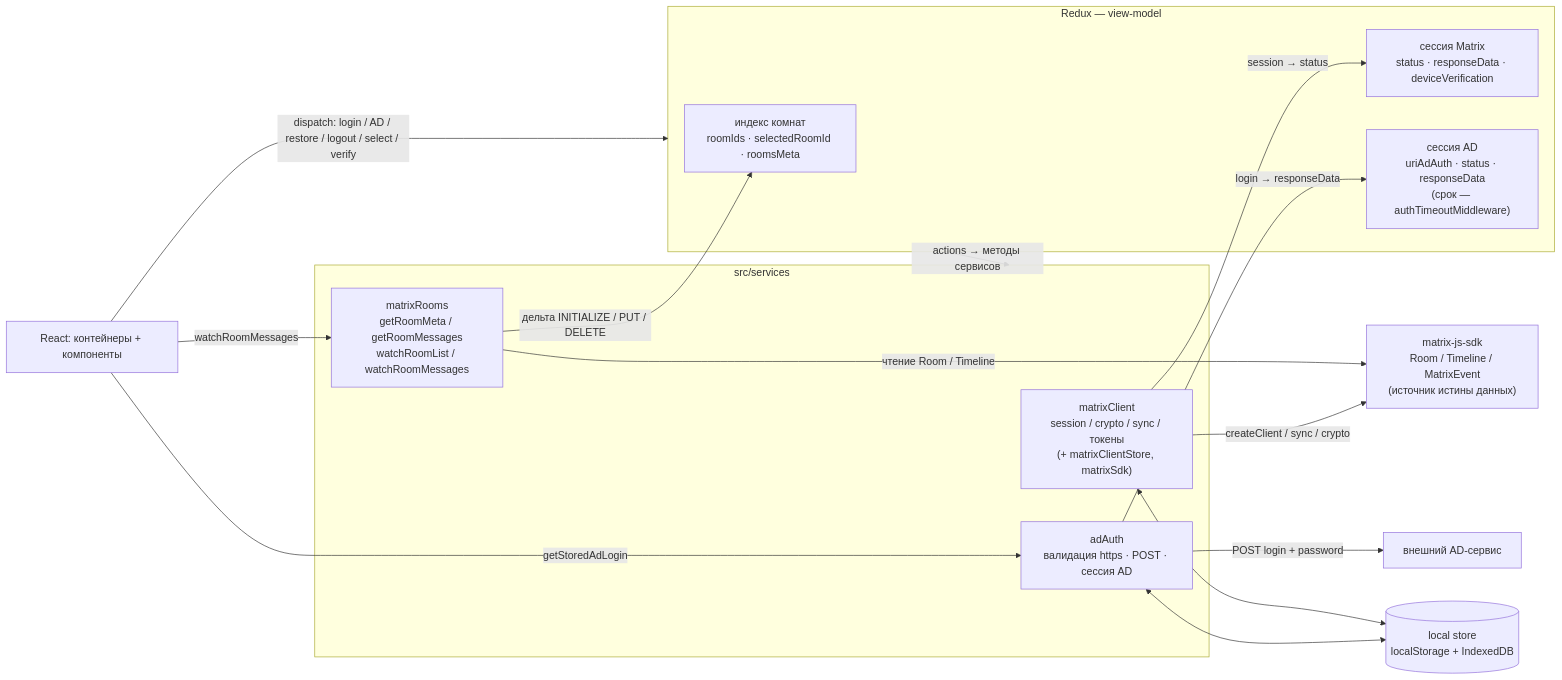
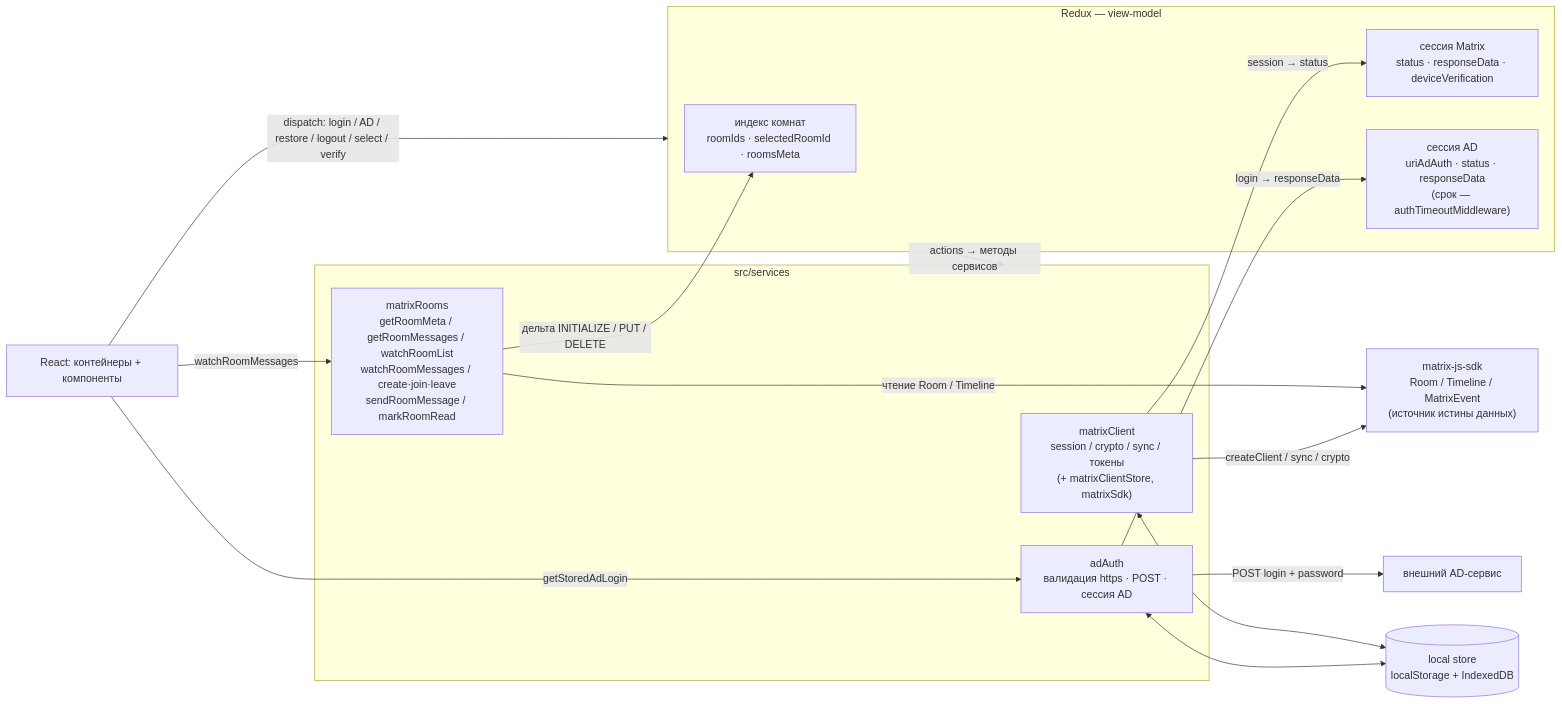
The first of 4 diagrams in docs/STATE.md (ars-anosov/matrix-react), drawn with Mermaid before and after one commit. The commit also changed other lines of this file and 16 other files, not shown here.

````diff
--- a/docs/STATE.md
+++ b/docs/STATE.md
@@ -7,33 +7,33 @@
 ```mermaid
 flowchart LR
   UI["React: контейнеры + компоненты"]
 
   subgraph Redux["Redux — view-model"]
     IDX["индекс комнат<br/>roomIds · selectedRoomId · roomsMeta"]
     SES["сессия Matrix<br/>status · responseData · deviceVerification"]
     AD["сессия AD<br/>uriAdAuth · status · responseData<br/>(срок — authTimeoutMiddleware)"]
   end
 
   subgraph SVC["src/services"]
     CL["matrixClient<br/>session / crypto / sync / токены<br/>(+ matrixClientStore, matrixSdk)"]
-    ROOMS["matrixRooms<br/>getRoomMeta / getRoomMessages<br/>watchRoomList / watchRoomMessages"]
+    ROOMS["matrixRooms<br/>getRoomMeta / getRoomMessages / watchRoomList<br/>watchRoomMessages / create·join·leave<br/>sendRoomMessage / markRoomRead"]
     ADSV["adAuth<br/>валидация https · POST · сессия AD"]
   end
 
   SDK["matrix-js-sdk<br/>Room / Timeline / MatrixEvent<br/>(источник истины данных)"]
   ADAPI["внешний AD-сервис"]
   Store[("local store<br/>localStorage + IndexedDB")]
 
   UI -->|"dispatch: login / AD / restore / logout / select / verify"| Redux
   Redux -->|"actions → методы сервисов"| SVC
   ROOMS -->|"дельта INITIALIZE / PUT / DELETE"| IDX
   CL -->|"session → status"| SES
   ADSV -->|"login → responseData"| AD
   UI -->|"watchRoomMessages"| ROOMS
   UI -->|"getStoredAdLogin"| ADSV
   CL <--> Store
   ADSV <--> Store
   ROOMS -->|"чтение Room / Timeline"| SDK
   CL -->|"createClient / sync / crypto"| SDK
   ADSV -->|"POST login + password"| ADAPI
 ```
````
